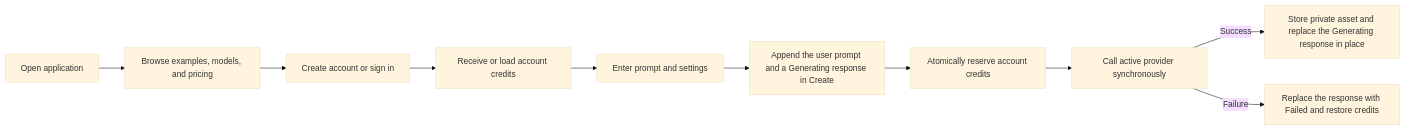
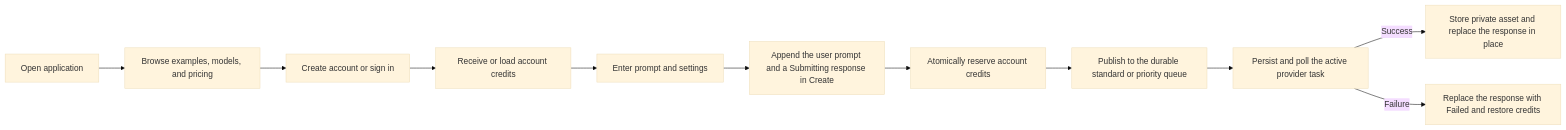
Before and after one commit to Tnsea/qwenimage3: the first of 2 diagrams in PRODUCT.md, drawn with Mermaid (base theme). The commit also changed other lines of this file and 15 other files, not shown here.

````diff
--- a/PRODUCT.md
+++ b/PRODUCT.md
@@ -120,12 +120,13 @@
 ```mermaid
 flowchart LR
   A[Open application] --> B[Browse examples, models, and pricing]
   B --> C[Create account or sign in]
   C --> D[Receive or load account credits]
   D --> E[Enter prompt and settings]
-  E --> J[Append the user prompt and a Generating response in Create]
+  E --> J[Append the user prompt and a Submitting response in Create]
   J --> F[Atomically reserve account credits]
-  F --> G[Call active provider synchronously]
-  G -->|Success| H[Store private asset and replace the Generating response in place]
+  F --> Q[Publish to the durable standard or priority queue]
+  Q --> G[Persist and poll the active provider task]
+  G -->|Success| H[Store private asset and replace the response in place]
   G -->|Failure| I[Replace the response with Failed and restore credits]
 ```
````
